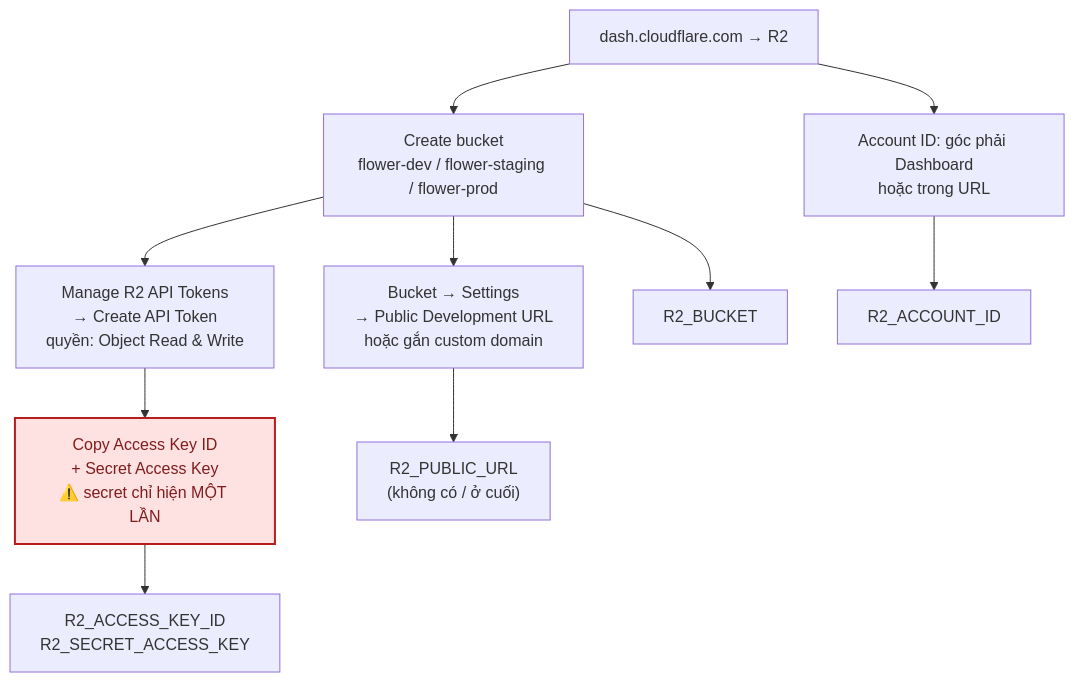
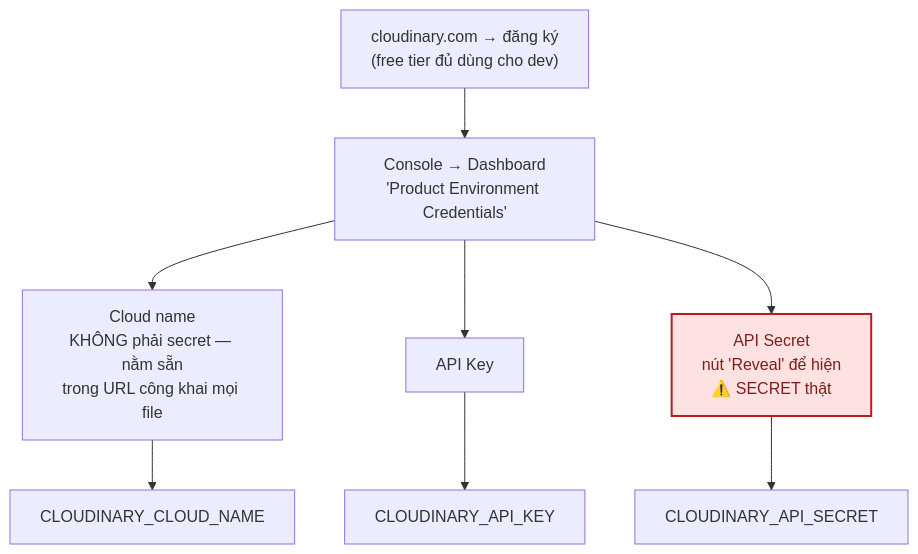
Before and after one commit to Hungvu0712/FLOWER: the third of 6 diagrams in docs/09-moi-truong-va-bien-cau-hinh.md, drawn with Mermaid. The commit also changed other lines of this file and 40 other files, not shown here.

First line of the commit message:
Migrate file storage and DB backups from Cloudflare R2 to Cloudinary

````diff
--- a/docs/09-moi-truong-va-bien-cau-hinh.md
+++ b/docs/09-moi-truong-va-bien-cau-hinh.md
@@ -121,15 +119,13 @@
 ```mermaid
 flowchart TD
-    A["dash.cloudflare.com → R2"] --> B["Create bucket<br/>flower-dev / flower-staging / flower-prod"]
-    B --> C["Manage R2 API Tokens<br/>→ Create API Token<br/>quyền: Object Read & Write"]
-    C --> D["Copy Access Key ID<br/>+ Secret Access Key<br/>⚠️ secret chỉ hiện MỘT LẦN"]
-    B --> E["Bucket → Settings<br/>→ Public Development URL<br/>hoặc gắn custom domain"]
-    A --> F["Account ID: góc phải Dashboard<br/>hoặc trong URL"]
+    A["cloudinary.com → đăng ký<br/>(free tier đủ dùng cho dev)"] --> B["Console → Dashboard<br/>'Product Environment Credentials'"]
+    B --> C1["Cloud name<br/>KHÔNG phải secret — nằm sẵn<br/>trong URL công khai mọi file"]
+    B --> C2["API Key"]
+    B --> C3["API Secret<br/>nút 'Reveal' để hiện<br/>⚠️ SECRET thật"]
 
-    D --> ENV["R2_ACCESS_KEY_ID<br/>R2_SECRET_ACCESS_KEY"]
-    E --> ENV2["R2_PUBLIC_URL<br/>(không có / ở cuối)"]
-    F --> ENV3["R2_ACCOUNT_ID"]
-    B --> ENV4["R2_BUCKET"]
+    C1 --> ENV1["CLOUDINARY_CLOUD_NAME"]
+    C2 --> ENV2["CLOUDINARY_API_KEY"]
+    C3 --> ENV3["CLOUDINARY_API_SECRET"]
 
-    style D fill:#fee2e2,stroke:#b91c1c,stroke-width:2px,color:#7f1d1d
+    style C3 fill:#fee2e2,stroke:#b91c1c,stroke-width:2px,color:#7f1d1d
 ```
````
